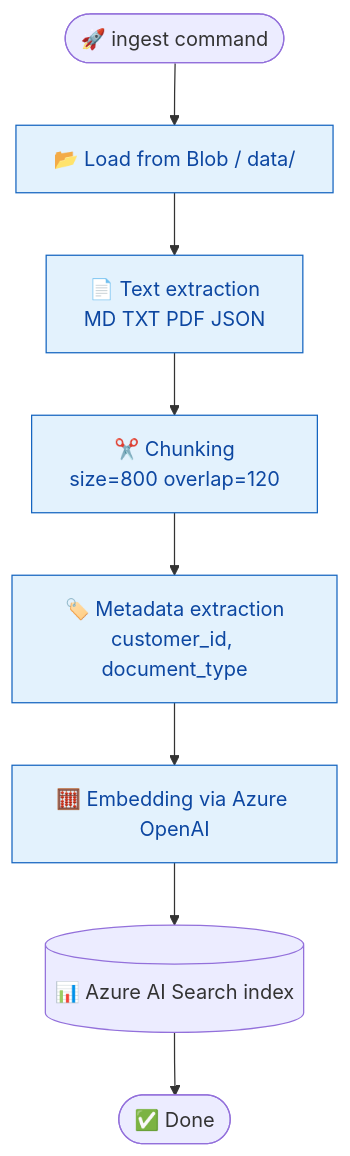
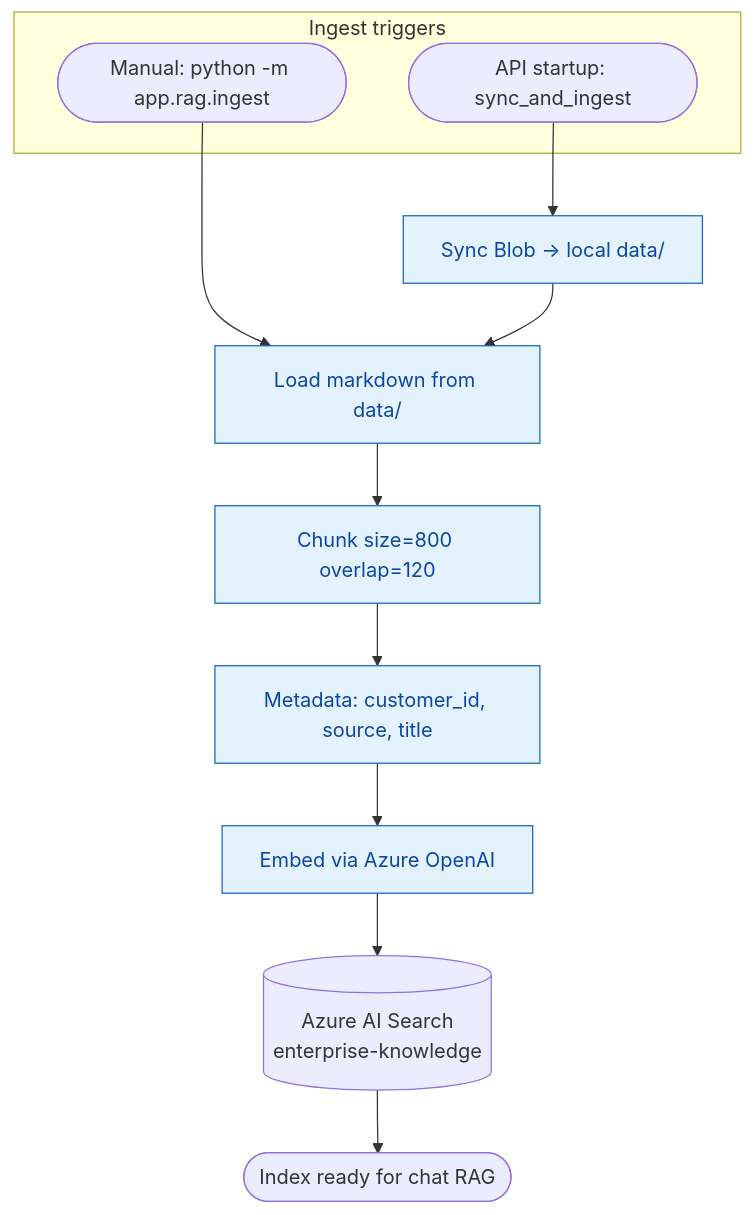
The fifth of 6 diagrams in docs/learn/03-request-flow.md (farukzahra/ms-poc), drawn with Mermaid before and after one commit. The commit also changed other lines of this file and 16 other files, not shown here.

````diff
--- a/docs/learn/03-request-flow.md
+++ b/docs/learn/03-request-flow.md
@@ -187,14 +216,21 @@
 ```mermaid
 flowchart TD
-    Start([🚀 ingest command]) --> Load[📂 Load from Blob / data/]
-    Load --> Extract[📄 Text extraction<br/>MD TXT PDF JSON]
-    Extract --> Chunk[✂️ Chunking<br/>size=800 overlap=120]
-    Chunk --> Meta[🏷️ Metadata extraction<br/>customer_id, document_type]
-    Meta --> Embed[🧮 Embedding via Azure OpenAI]
-    Embed --> Index[(📊 Azure AI Search index)]
-    Index --> Done([✅ Done])
+    subgraph triggers["Ingest triggers"]
+        Manual([Manual: python -m app.rag.ingest])
+        Startup([API startup: sync_and_ingest])
+    end
+
+    Manual --> Load
+    Startup --> Sync[Sync Blob → local data/]
+    Sync --> Load[Load markdown from data/]
+
+    Load --> Chunk[Chunk size=800 overlap=120]
+    Chunk --> Meta[Metadata: customer_id, source, title]
+    Meta --> Embed[Embed via Azure OpenAI]
+    Embed --> Index[(Azure AI Search<br/>enterprise-knowledge)]
+    Index --> Done([Index ready for chat RAG])
 
     classDef step fill:#E3F2FD,stroke:#1565C0,color:#0D47A1
-    class Load,Extract,Chunk,Meta,Embed step
+    class Load,Chunk,Meta,Embed,Sync step
     class Index fill:#E8F5E9,stroke:#388E3C,color:#1B5E20
 ```
````
